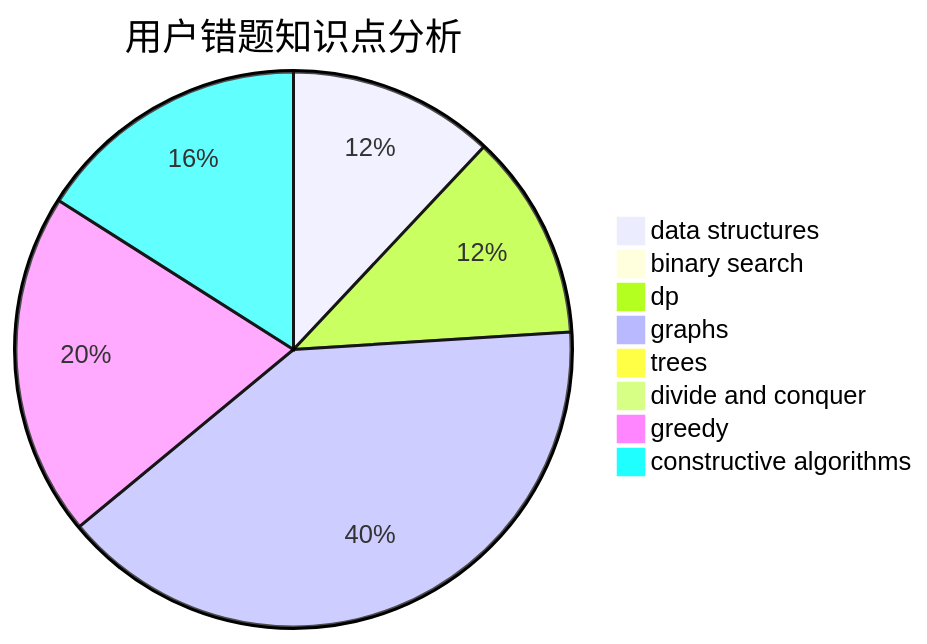
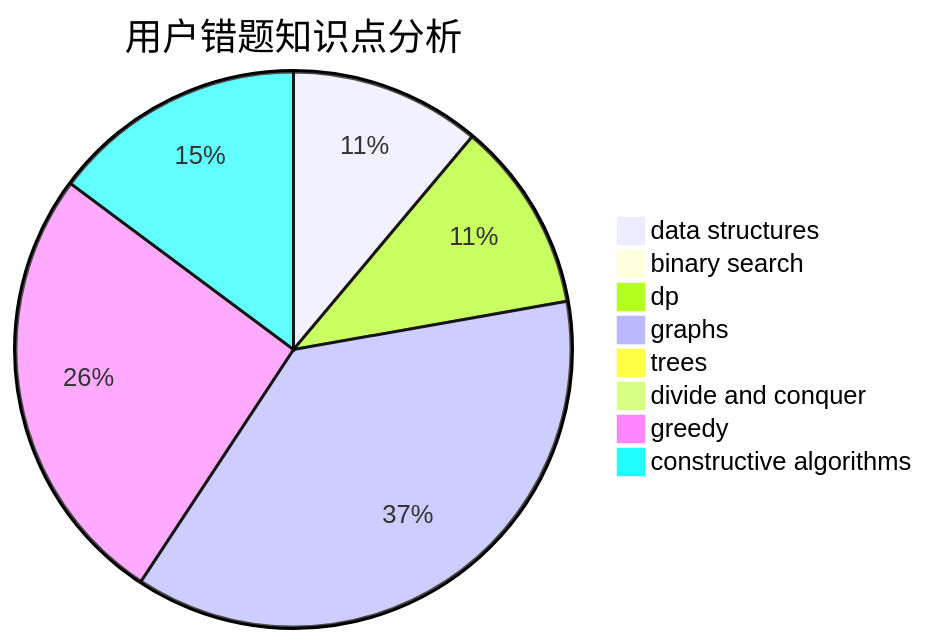
Before and after one commit to sherpahu/cfrs.github.io: the third of 3 diagrams in docs/user/u505.md, drawn with Mermaid. The commit also changed other lines of this file and 2770 other files, not shown here.

````diff
--- a/docs/user/u505.md
+++ b/docs/user/u505.md
@@ -36,11 +36,11 @@
 ```mermaid
 pie title 用户错题知识点分析
     "data structures" :  3
     "binary search" :  0
     "dp" :  3
     "graphs" :  10
     "trees" :  0
     "divide and conquer" :  0
-    "greedy" :  5
+    "greedy" :  7
     "constructive algorithms" :  4
 ```
````
